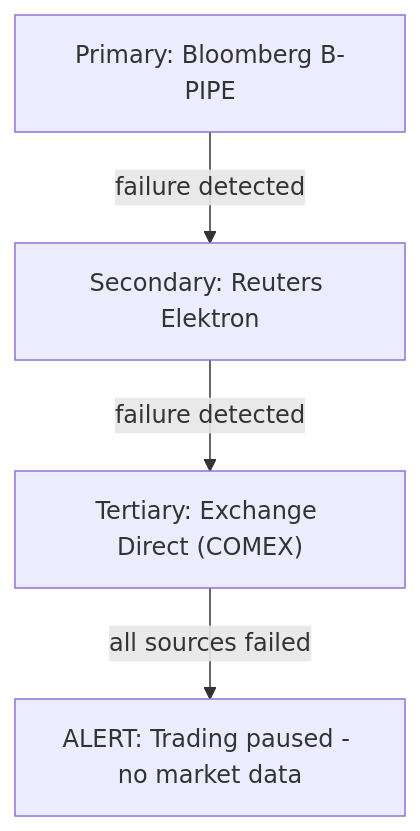
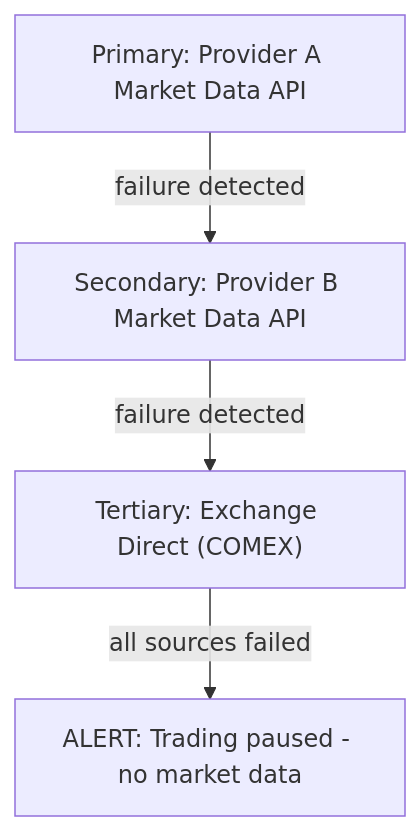
One commit to blackholefund/external_docs changed the second of 2 diagrams in docs/repositories/bh-market-gateway.md. Above: the diagram before and after it, drawn with Mermaid. The commit also changed other lines of this file and 14 other files, not shown here.

Commit message:
Hide provider names and fix mermaid identifiers

````diff
--- a/docs/repositories/bh-market-gateway.md
+++ b/docs/repositories/bh-market-gateway.md
@@ -426,6 +428,6 @@
 ```mermaid
 flowchart TD
-    Primary["Primary: Bloomberg B-PIPE"] -->|failure detected| Secondary["Secondary: Reuters Elektron"]
+    Primary["Primary: Provider A Market Data API"] -->|failure detected| Secondary["Secondary: Provider B Market Data API"]
     Secondary -->|failure detected| Tertiary["Tertiary: Exchange Direct (COMEX)"]
     Tertiary -->|all sources failed| Alert["ALERT: Trading paused - no market data"]
 ```
````
